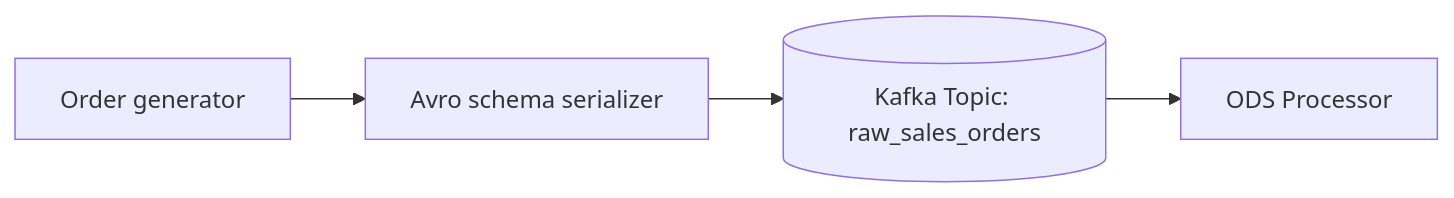
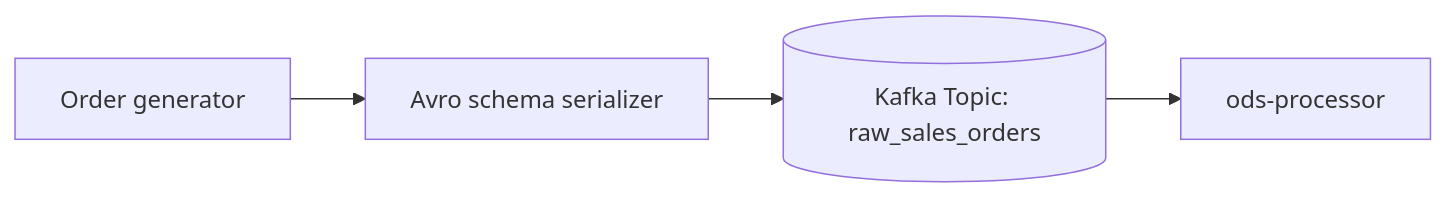
The first of 2 diagrams in source-apps/ods-source/readme.md (paulchen8206/Full-Stack-Modern-Data-Architecture-and-Engineering), drawn with Mermaid before and after one commit. The commit also changed 18 other files, not shown here.

````diff
--- a/source-apps/ods-source/readme.md
+++ b/source-apps/ods-source/readme.md
@@ -21,11 +21,11 @@
 ```mermaid
 flowchart LR
    GEN[Order generator]
    AVRO[Avro schema serializer]
    KAFKA[(Kafka Topic: raw_sales_orders)]
-   PROC[ODS Processor]
+   PROC[ods-processor]
 
    GEN --> AVRO
    AVRO --> KAFKA
    KAFKA --> PROC
 ```
````
